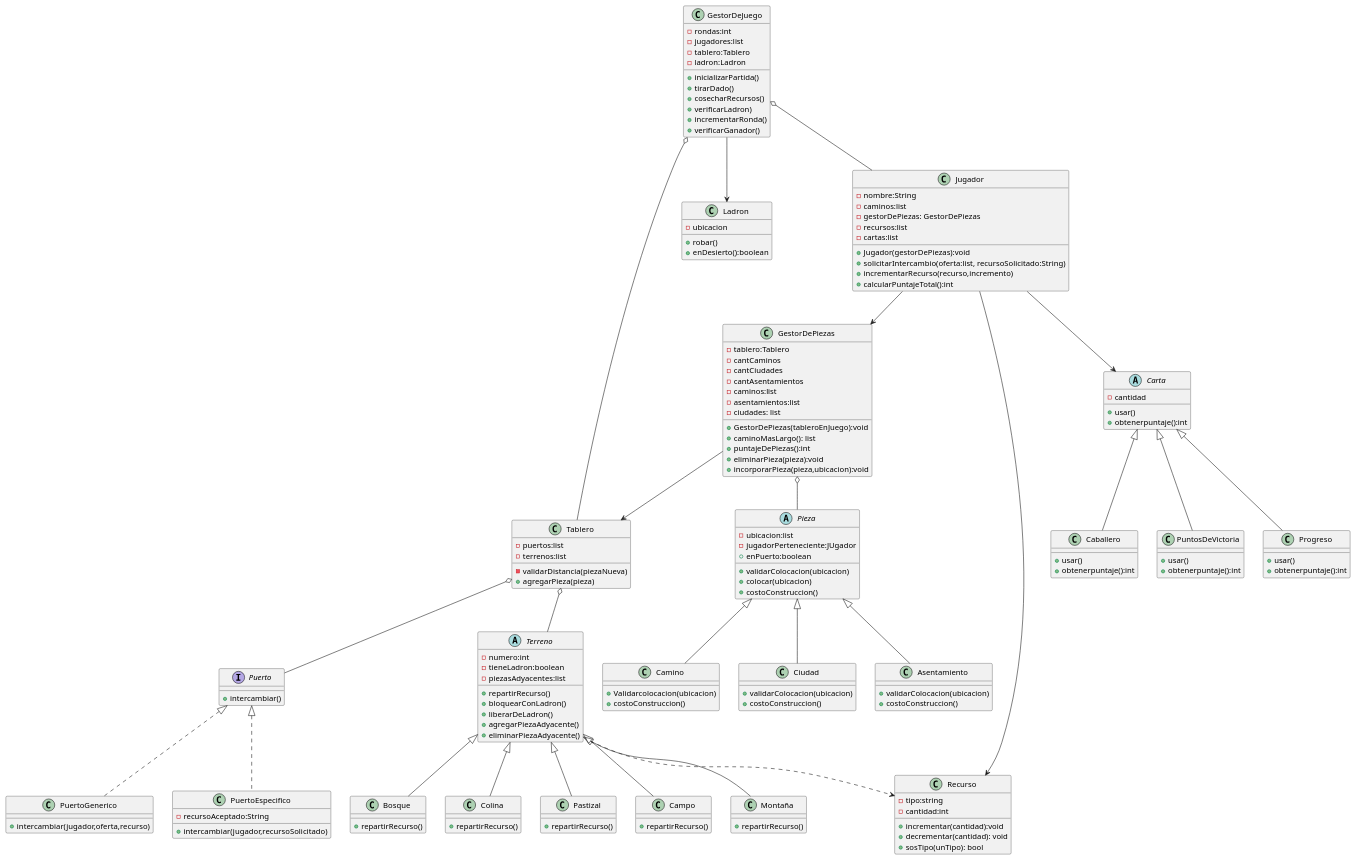
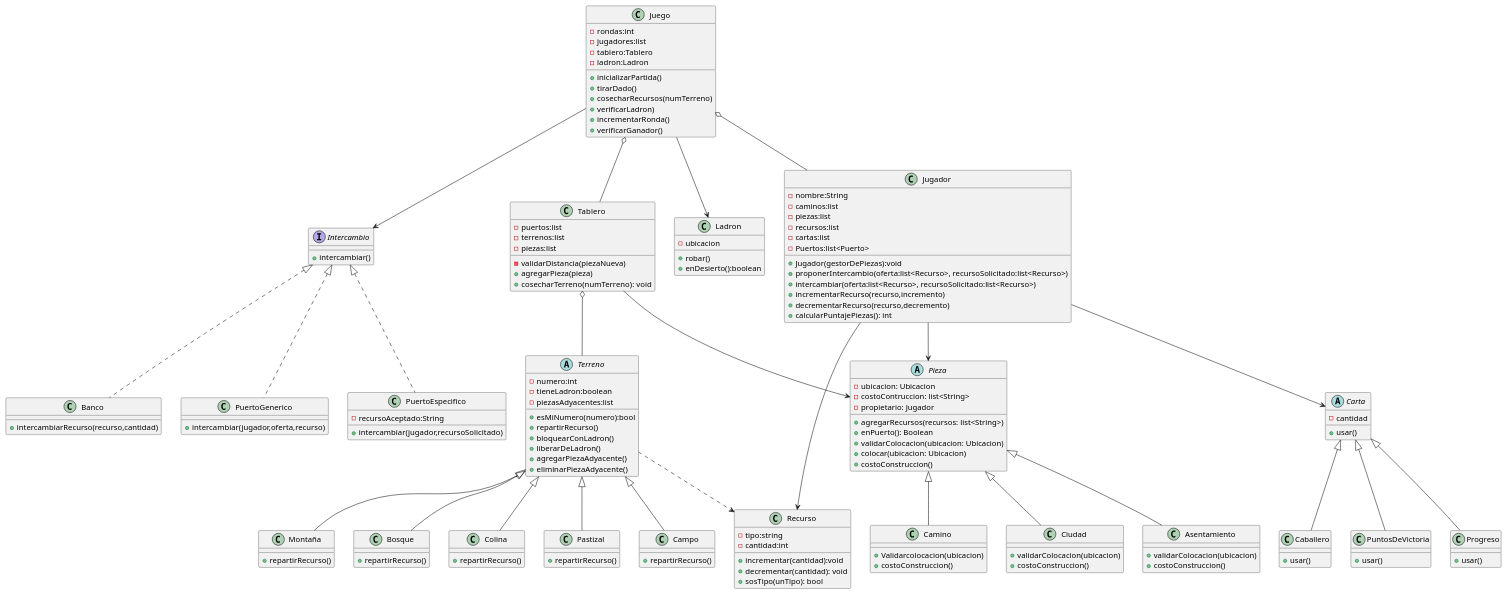
The diagram in diagramas/diagrama_clases.plantuml (Daiana-Aldrey/g02-tp2-2c-2025), drawn with PlantUML before and after one commit. The commit also changed 3 other files, not shown here.

Commit message:
diagrama de clases actualizado

```diff
--- a/diagramas/diagrama_clases.plantuml
+++ b/diagramas/diagrama_clases.plantuml
@@ -1,180 +1,172 @@
 @startuml
-class GestorDeJuego{
+class Juego{
 -rondas:int
 -jugadores:list
 -tablero:Tablero
 -ladron:Ladron
 +inicializarPartida()
 +tirarDado()
-+cosecharRecursos()
++cosecharRecursos(numTerreno)
 +verificarLadron)
 +incrementarRonda()
 +verificarGanador()
 }
 
 class Tablero{
 -puertos:list
 -terrenos:list
+-piezas:list
 -validarDistancia(piezaNueva)
 +agregarPieza(pieza)
++cosecharTerreno(numTerreno): void
 }
 
-Interface Puerto{
+
+Interface Intercambio{
 +intercambiar()
+}
+
+class Banco {
++intercambiarRecurso(recurso,cantidad)
 }
 
 class PuertoGenerico{
 +intercambiar(jugador,oferta,recurso)
 }
 
 class PuertoEspecifico{
 -recursoAceptado:String
 +intercambiar(jugador,recursoSolicitado)
 }
 
 class Ladron{
 -ubicacion
 +robar()
 +enDesierto():boolean
 }
 
 class Jugador{
 -nombre:String
 -caminos:list
--gestorDePiezas: GestorDePiezas
+-piezas:list
 -recursos:list
 -cartas:list
+-Puertos:list<Puerto>
 +Jugador(gestorDePiezas):void
-+solicitarIntercambio(oferta:list, recursoSolicitado:String)
++proponerIntercambio(oferta:list<Recurso>, recursoSolicitado:list<Recurso>)
++intercambiar(oferta:list<Recurso>, recursoSolicitado:list<Recurso>)
 +incrementarRecurso(recurso,incremento)
-+calcularPuntajeTotal():int
++decrementarRecurso(recurso,decremento)
++calcularPuntajePiezas(): int
 }
 
-class GestorDePiezas{
--tablero:Tablero
--cantCaminos
--cantCiudades
--cantAsentamientos
--caminos:list
--asentamientos:list
--ciudades: list
-+GestorDePiezas(tableroEnJuego):void
-+caminoMasLargo(): list
-+puntajeDePiezas():int
-+eliminarPieza(pieza):void
-+incorporarPieza(pieza,ubicacion):void
-}
-
-Abstract class Pieza{
--ubicacion:list
--jugadorPerteneciente:JUgador
-+enPuerto:boolean
-+validarColocacion(ubicacion)
-+colocar(ubicacion)
+Abstract class Pieza {
+-ubicacion: Ubicacion
+-costoContruccion: list<String>
+-propietario: Jugador
++agregarRecursos(recursos: list<String>)
++enPuerto(): Boolean
++validarColocacion(ubicacion: Ubicacion)
++colocar(ubicacion: Ubicacion)
 +costoConstruccion()
 }
 
 class Camino{
 +Validarcolocacion(ubicacion)
 +costoConstruccion()
 }
 
 class Ciudad{
 +validarColocacion(ubicacion)
 +costoConstruccion()
 }
 
 class Asentamiento{
 +validarColocacion(ubicacion)
 +costoConstruccion()
 }
 
 class Recurso{
 -tipo:string
 -cantidad:int
 +incrementar(cantidad):void
 +decrementar(cantidad): void
 +sosTipo(unTipo): bool
 }
 
 Abstract class Terreno {
 -numero:int
 -tieneLadron:boolean
 -piezasAdyacentes:list
++esMiNumero(numero):bool
 +repartirRecurso()
 +bloquearConLadron()
 +liberarDeLadron()
 +agregarPiezaAdyacente()
 +eliminarPiezaAdyacente()
 }
 
 class Bosque{
 +repartirRecurso()
 }
 
 class Colina{
 +repartirRecurso()
 }
 
 class Pastizal{
 +repartirRecurso()
 }
 
 class Campo{
 +repartirRecurso()
 }
 
 class Montaña{
 +repartirRecurso()
 }
 
 
 Abstract class Carta{
 -cantidad
 +usar()
-+obtenerpuntaje():int
 }
 
 class Caballero{
 +usar()
-+obtenerpuntaje():int
-
 }
 
 class PuntosDeVictoria{
 +usar()
-+obtenerpuntaje():int
-
 }
 
 class Progreso{
 +usar()
-+obtenerpuntaje():int
+}
 
-}
 
 Carta <|-- Caballero
 Carta <|-- PuntosDeVictoria
 Carta <|-- Progreso
-GestorDeJuego o-- Tablero
-GestorDeJuego o-- Jugador
-GestorDeJuego --> Ladron
-Puerto <|.. PuertoEspecifico
-Puerto <|.. PuertoGenerico
-Tablero o-- Puerto
+Juego o-- Tablero
+Juego o-- Jugador
+Juego --> Ladron
+Intercambio <|.. Banco
+Intercambio <|.. PuertoEspecifico
+Intercambio <|.. PuertoGenerico
+Juego --> Intercambio
 Tablero o-- Terreno
+Tablero --> Pieza
 Terreno <|-- Bosque
 Terreno <|-- Pastizal
 Terreno <|-- Campo
 Terreno <|-- Montaña
 Terreno <|-- Colina
 Terreno ..> Recurso
+Jugador --> Pieza
 Jugador --> Recurso
-Jugador --> GestorDePiezas
 Jugador --> Carta
-GestorDePiezas --> Tablero
-GestorDePiezas o-- Pieza
 Pieza <|-- Camino
 Pieza <|-- Asentamiento
 Pieza <|-- Ciudad
 @enduml
```
